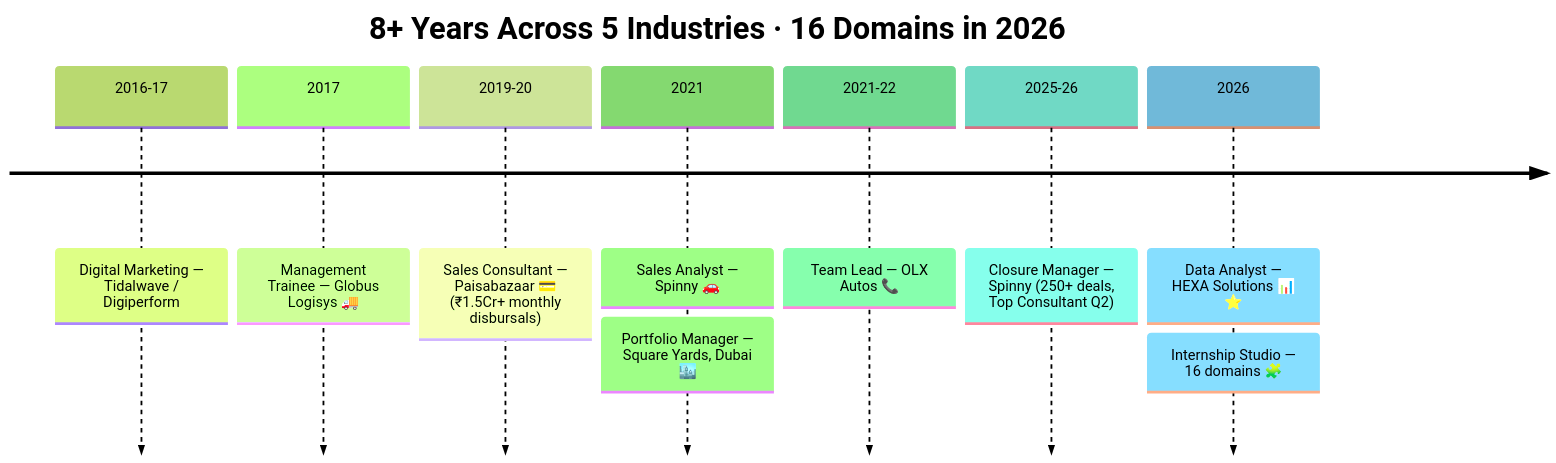
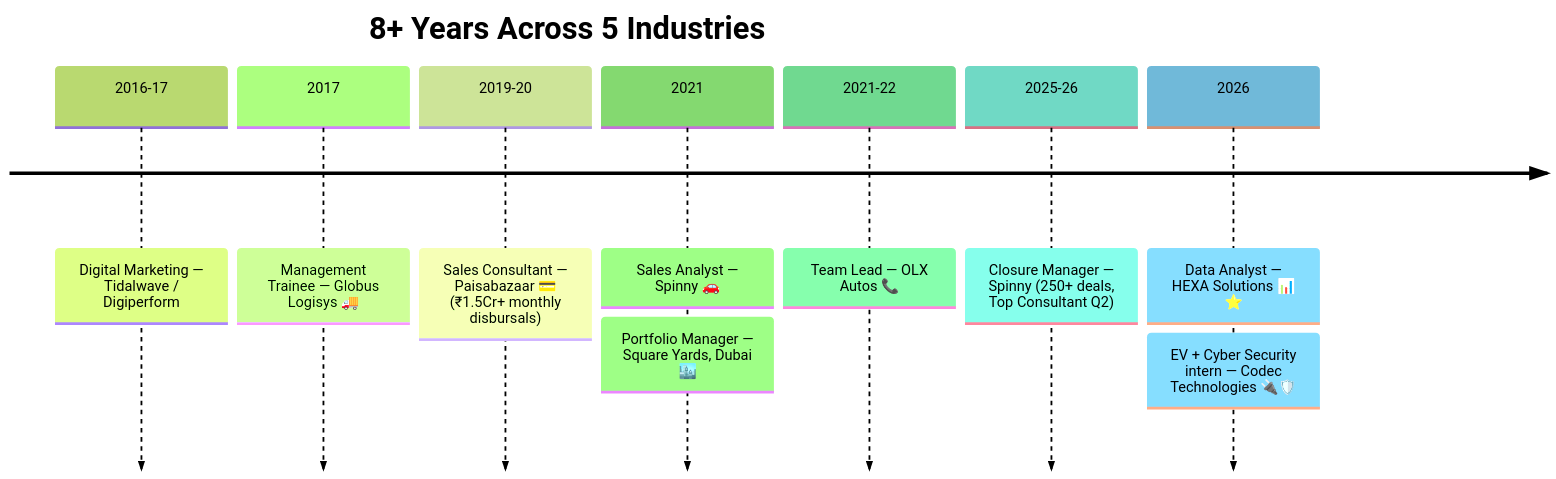
One commit to Eswar5313/Eswar5313 changed the diagram in README_Dashboard.md. Above: the diagram before and after it, drawn with Mermaid (forest theme). The commit also changed other lines of this file, not shown here.

````diff
--- a/README_Dashboard.md
+++ b/README_Dashboard.md
@@ -228,11 +182,11 @@
 ```mermaid
 timeline
-    title 8+ Years Across 5 Industries · 16 Domains in 2026
+    title 8+ Years Across 5 Industries
     2016-17 : Digital Marketing — Tidalwave / Digiperform
     2017 : Management Trainee — Globus Logisys 🚚
     2019-20 : Sales Consultant — Paisabazaar 💳 (₹1.5Cr+ monthly disbursals)
     2021 : Sales Analyst — Spinny 🚗 : Portfolio Manager — Square Yards, Dubai 🏙️
     2021-22 : Team Lead — OLX Autos 📞
     2025-26 : Closure Manager — Spinny (250+ deals, Top Consultant Q2)
-    2026 : Data Analyst — HEXA Solutions 📊 ⭐ : Internship Studio — 16 domains 🧩
+    2026 : Data Analyst — HEXA Solutions 📊 ⭐ : EV + Cyber Security intern — Codec Technologies 🔌🛡️
 ```
````
